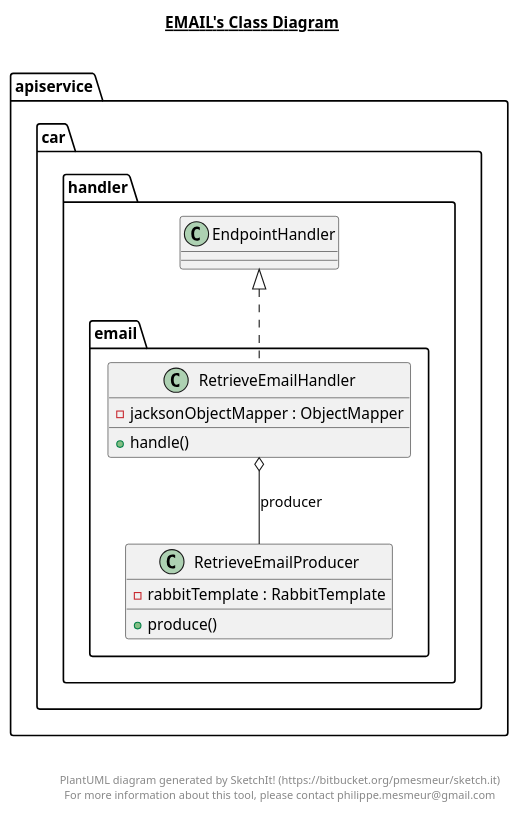
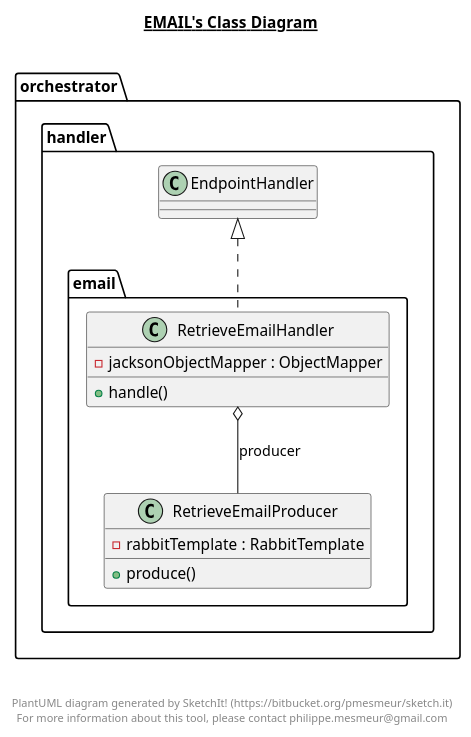
One commit to marcllort/Car_Rental_Monorepo changed the diagram in orchestrator/src/main/java/orchestrator/handler/email/email.plantuml. Above: the diagram before and after it, drawn with PlantUML. The commit also changed 21 other files, not shown here.

Commit message:
Added diagrams

```diff
--- a/orchestrator/src/main/java/orchestrator/handler/email/email.plantuml
+++ b/orchestrator/src/main/java/orchestrator/handler/email/email.plantuml
@@ -1,40 +1,40 @@
 @startuml
 
 title __EMAIL's Class Diagram__\n
 
-  namespace apiservice.car {
+  namespace orchestrator {
     namespace handler {
       namespace email {
-        class apiservice.car.handler.email.RetrieveEmailHandler {
+        class orchestrator.handler.email.RetrieveEmailHandler {
             - jacksonObjectMapper : ObjectMapper
             + handle()
         }
       }
     }
   }
   
 
-  namespace apiservice.car {
+  namespace orchestrator {
     namespace handler {
       namespace email {
-        class apiservice.car.handler.email.RetrieveEmailProducer {
+        class orchestrator.handler.email.RetrieveEmailProducer {
             - rabbitTemplate : RabbitTemplate
             + produce()
         }
       }
     }
   }
   
 
-  apiservice.car.handler.email.RetrieveEmailHandler .up.|> apiservice.car.handler.EndpointHandler
-  apiservice.car.handler.email.RetrieveEmailHandler o-- apiservice.car.handler.email.RetrieveEmailProducer : producer
+  orchestrator.handler.email.RetrieveEmailHandler .up.|> orchestrator.handler.EndpointHandler
+  orchestrator.handler.email.RetrieveEmailHandler o-- orchestrator.handler.email.RetrieveEmailProducer : producer
 
 
 right footer
 
 
 PlantUML diagram generated by SketchIt! (https://bitbucket.org/pmesmeur/sketch.it)
 For more information about this tool, please contact philippe.mesmeur@gmail.com
 endfooter
 
 @enduml
```
